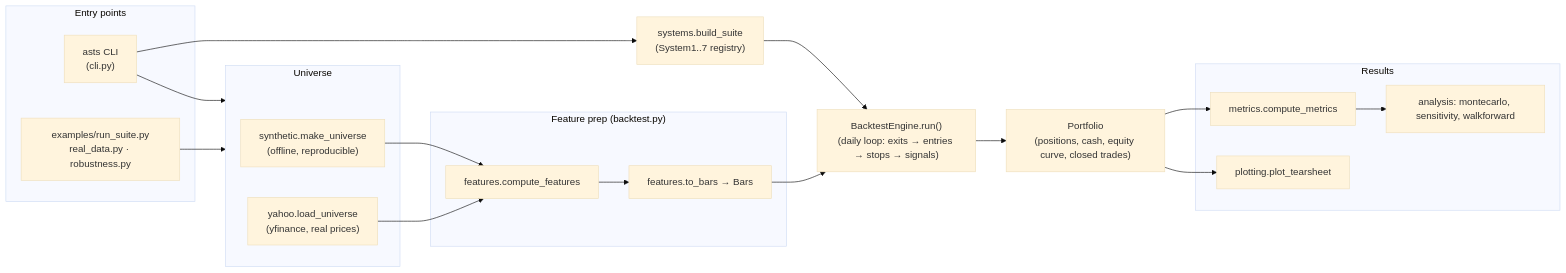
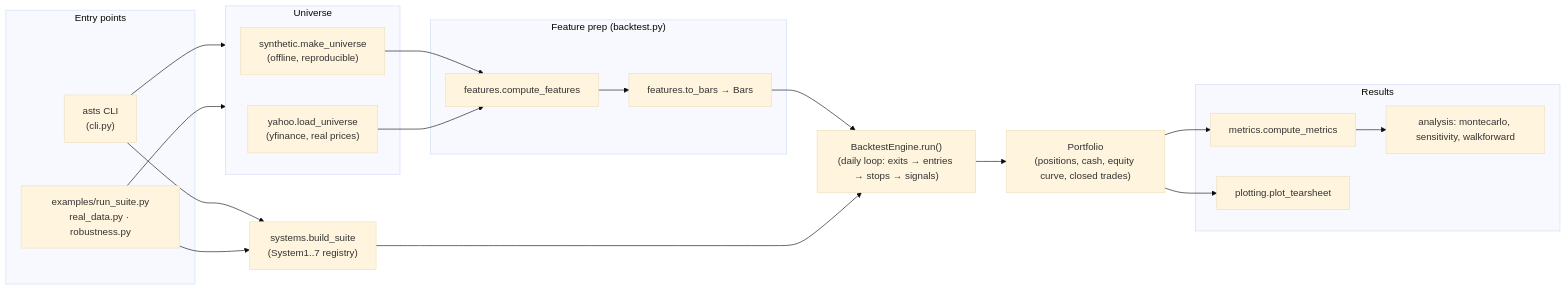
One commit to younghwan91/automated-stock-trading-systems changed the diagram in README.md. Above: the diagram before and after it, drawn with Mermaid (base theme). The commit also changed other lines of this file, not shown here.

````diff
--- a/README.md
+++ b/README.md
@@ -59,42 +61,43 @@
 ```mermaid
 flowchart LR
     subgraph Entry["Entry points"]
         CLI["asts CLI\n(cli.py)"]
         EX["examples/run_suite.py\nreal_data.py · robustness.py"]
     end
 
     subgraph Data["Universe"]
         SYN["synthetic.make_universe\n(offline, reproducible)"]
         YHO["yahoo.load_universe\n(yfinance, real prices)"]
     end
 
     subgraph Prep["Feature prep (backtest.py)"]
         FEAT["features.compute_features"]
         BARS["features.to_bars → Bars"]
     end
 
     SYS["systems.build_suite\n(System1..7 registry)"]
 
     ENG["BacktestEngine.run()\n(daily loop: exits → entries → stops → signals)"]
 
     PF["Portfolio\n(positions, cash, equity curve, closed trades)"]
 
     subgraph Output["Results"]
         MET["metrics.compute_metrics"]
         PLOT["plotting.plot_tearsheet"]
         AN["analysis: montecarlo, sensitivity, walkforward"]
     end
 
     CLI --> Data
     EX --> Data
     SYN --> FEAT
     YHO --> FEAT
     FEAT --> BARS
     CLI --> SYS
+    EX --> SYS
     BARS --> ENG
     SYS --> ENG
     ENG --> PF
     PF --> MET
     PF --> PLOT
     MET --> AN
 ```
````
